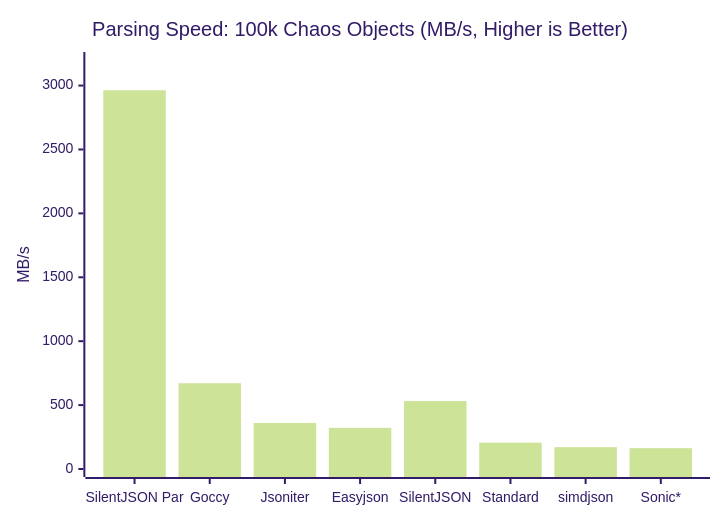
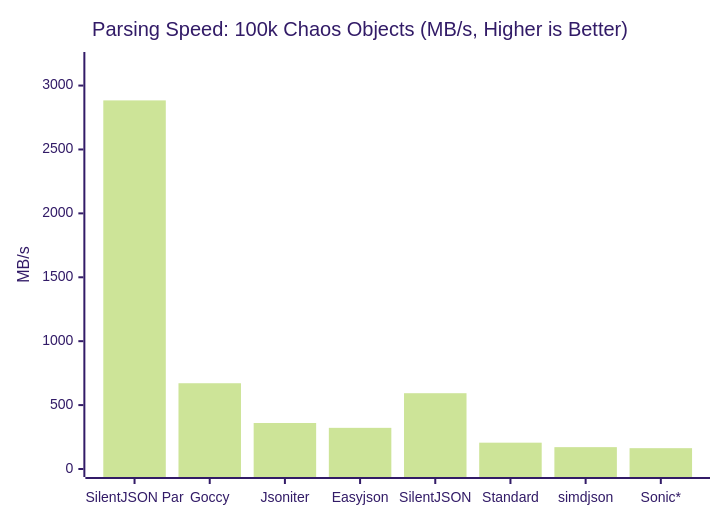
One commit to GenshIv/silentjson changed the first of 5 diagrams in README.md. Above: the diagram before and after it, drawn with Mermaid (forest theme). The commit also changed other lines of this file and 5 other files, not shown here.

````diff
--- a/README.md
+++ b/README.md
@@ -83,7 +83,7 @@
 ```mermaid
 xychart-beta
     title "Parsing Speed: 100k Chaos Objects (MB/s, Higher is Better)"
     x-axis ["SilentJSON Par", "Goccy", "Jsoniter", "Easyjson", "SilentJSON", "Standard", "simdjson", "Sonic*"]
     y-axis "MB/s" 0 --> 3200
-    bar [2963, 671, 360, 322, 532, 206, 171, 163]
+    bar [2884, 671, 360, 322, 593, 206, 171, 163]
 ```
````
